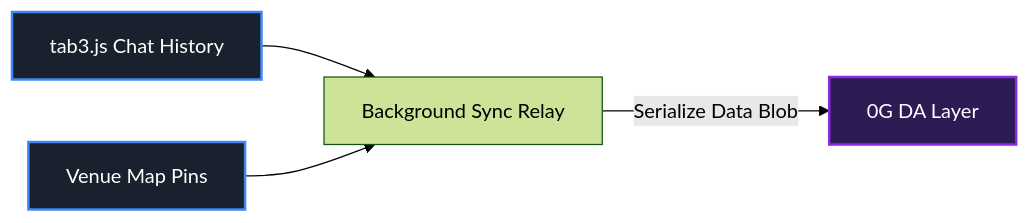
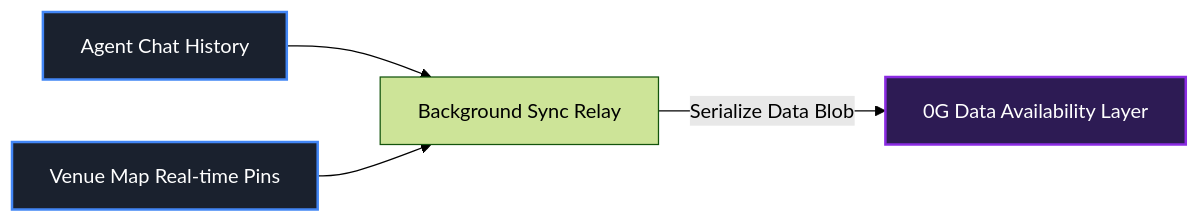
The third of 3 diagrams in README.md (EddOliver/Effisend0G), drawn with Mermaid (forest theme) before and after one commit. The commit also changed other lines of this file, not shown here.

````diff
--- a/README.md
+++ b/README.md
@@ -98,13 +78,13 @@
 ```mermaid
 flowchart LR
     classDef mobile fill:#1A212E,stroke:#4286f5,stroke-width:2px,color:#fff;
     classDef zeroG fill:#2d1b54,stroke:#8a2be2,stroke-width:2px,color:#fff;
     
-    Chat[tab3.js Chat History] --> Relay[Background Sync Relay]
-    Maps[Venue Map Pins] --> Relay
+    Chat[Agent Chat History] --> Relay[Background Sync Relay]
+    Maps[Venue Map Real-time Pins] --> Relay
     
-    Relay -->|Serialize Data Blob| 0G_DA[0G DA Layer]
+    Relay -->|Serialize Data Blob| 0G_DA[0G Data Availability Layer]
     
     class 0G_DA zeroG;
     class Chat,Maps mobile;
 ```
````
